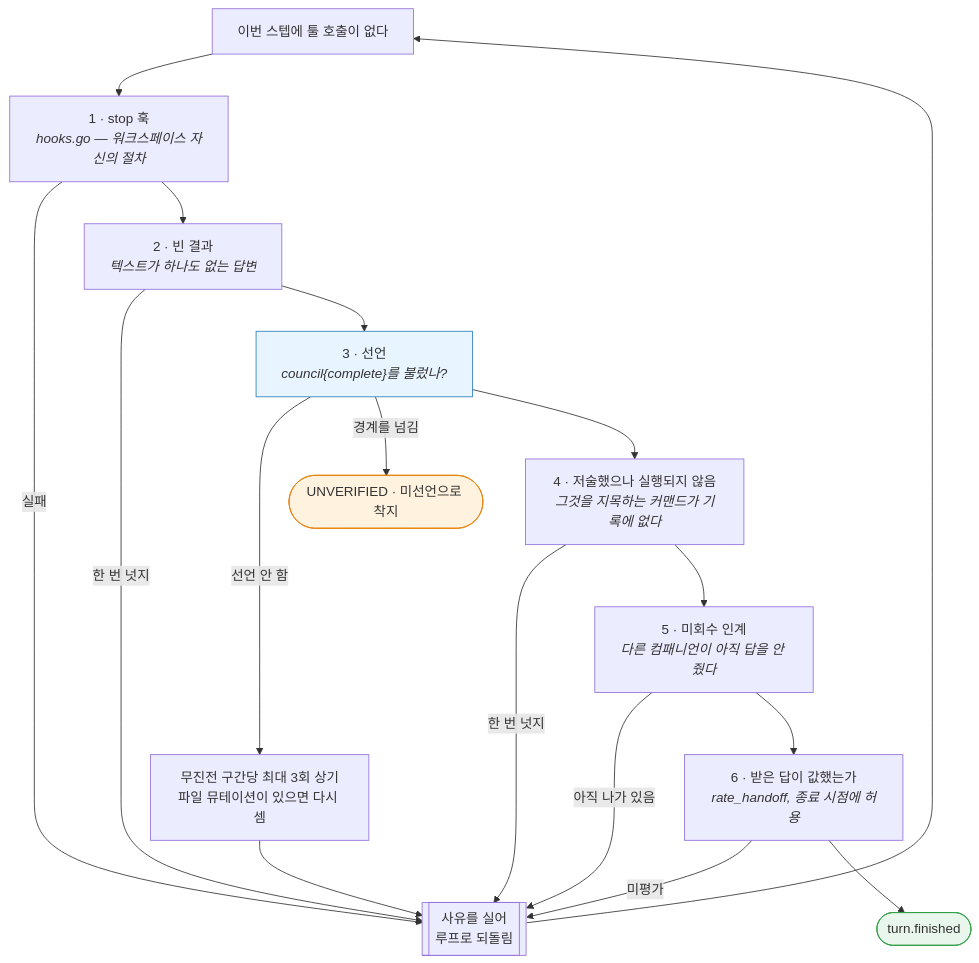
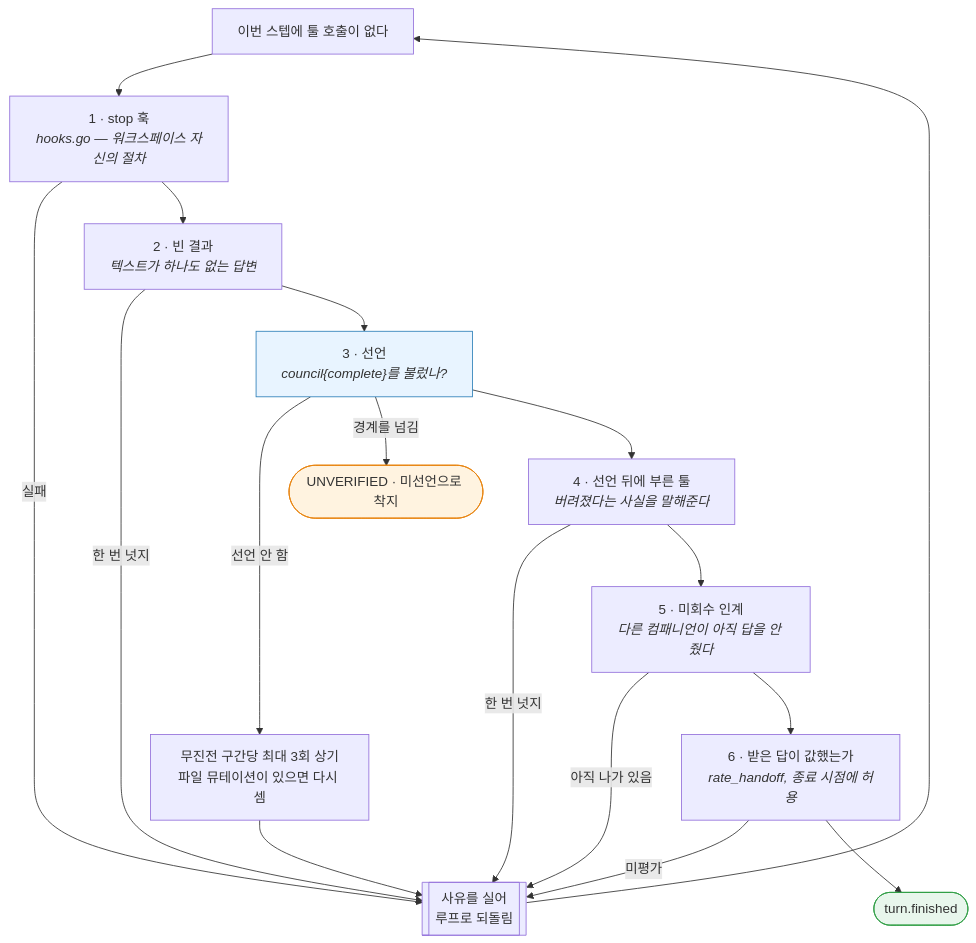
Before and after one commit to sayaya1090/magi: the fifth of 6 diagrams in docs/ARCHITECTURE.ko.md, drawn with Mermaid. The commit also changed other lines of this file and 6 other files, not shown here.

````diff
--- a/docs/ARCHITECTURE.ko.md
+++ b/docs/ARCHITECTURE.ko.md
@@ -544,23 +550,23 @@
 ```mermaid
 flowchart TD
     Z[이번 스텝에 툴 호출이 없다] --> H1["1 · stop 훅<br/><i>hooks.go — 워크스페이스 자신의 절차</i>"]
     H1 -->|실패| BACK[["사유를 실어<br/>루프로 되돌림"]]
     H1 --> H2["2 · 빈 결과<br/><i>텍스트가 하나도 없는 답변</i>"]
     H2 -->|한 번 넛지| BACK
     H2 --> H3["3 · 선언<br/><i>council{complete}를 불렀나?</i>"]
     H3 -->|선언 안 함| REM["무진전 구간당 최대 3회 상기<br/>파일 뮤테이션이 있으면 다시 셈"]
     REM --> BACK
     H3 -->|경계를 넘김| UNV([UNVERIFIED · 미선언으로 착지])
-    H3 --> H4["4 · 저술했으나 실행되지 않음<br/><i>그것을 지목하는 커맨드가 기록에 없다</i>"]
+    H3 --> H4["4 · 선언 뒤에 부른 툴<br/><i>버려졌다는 사실을 말해준다</i>"]
     H4 -->|한 번 넛지| BACK
     H4 --> H5["5 · 미회수 인계<br/><i>다른 컴패니언이 아직 답을 안 줬다</i>"]
     H5 -->|아직 나가 있음| BACK
     H5 --> H6["6 · 받은 답이 값했는가<br/><i>rate_handoff, 종료 시점에 허용</i>"]
     H6 -->|미평가| BACK
     H6 --> END([turn.finished])
     BACK --> Z
 
     style END fill:#e8f6ec,stroke:#2f9e44
     style UNV fill:#fff3e0,stroke:#e8820c
     style H3 fill:#e8f4ff,stroke:#2c7fb8
 ```
````
